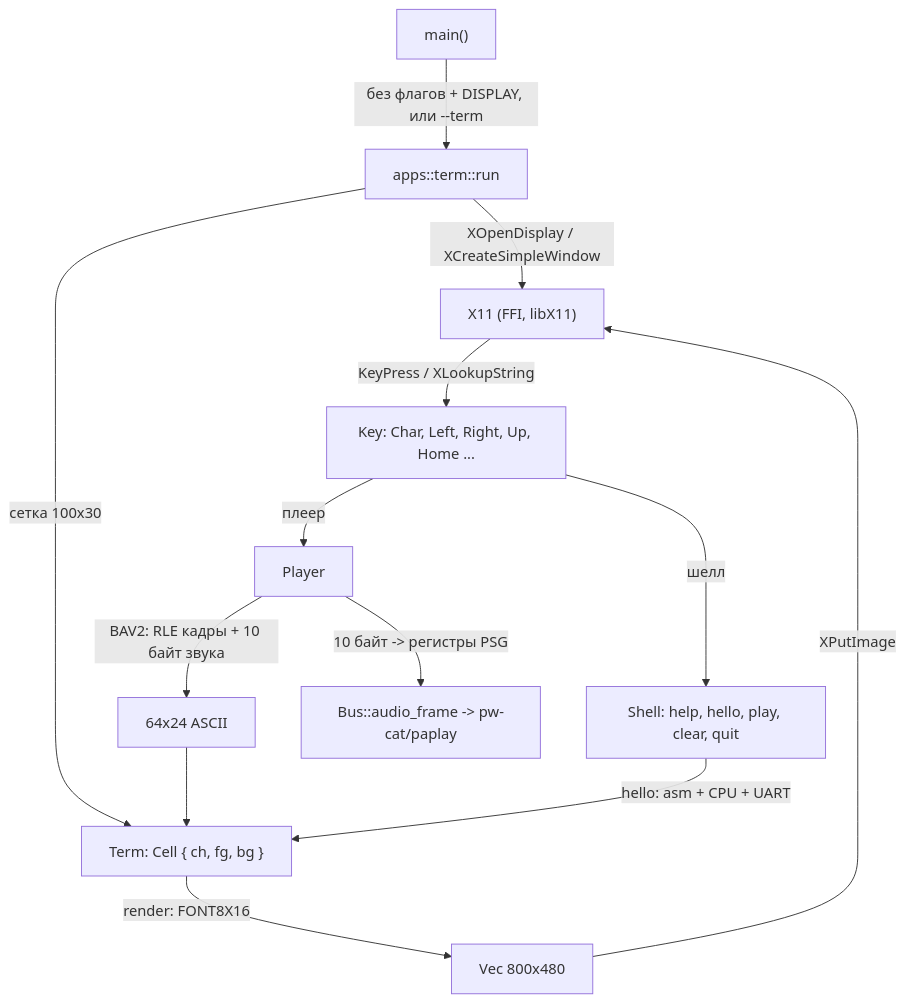
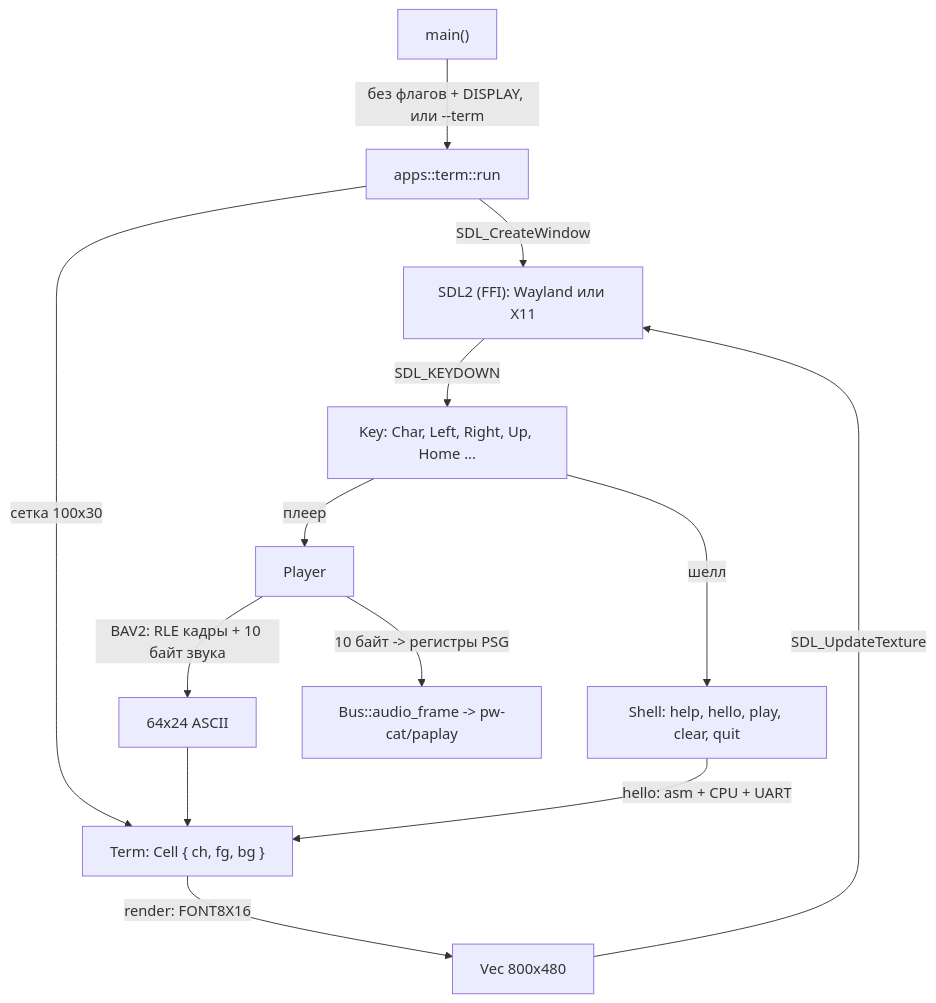
One commit to loki5512344ss/SummumOS changed diagram 25 of 26 in чертежи.md. Above: the diagram before and after it, drawn with Mermaid. The commit also changed other lines of this file and 26 other files, not shown here.

Commit message:
SDL2: Wayland, размеры видео, звук и исправленные клавиши

````diff
--- a/чертежи.md
+++ b/чертежи.md
@@ -622,15 +622,15 @@
 ```mermaid
 graph TD
     main["main()"] -->|"без флагов + DISPLAY, или --term"| term["apps::term::run"]
-    term -->|"XOpenDisplay / XCreateSimpleWindow"| x11["X11 (FFI, libX11)"]
+    term -->|"SDL_CreateWindow"| sdl["SDL2 (FFI): Wayland или X11"]
     term -->|"сетка 100x30"| grid["Term: Cell { ch, fg, bg }"]
     grid -->|"render: FONT8X16"| pixels["Vec<u32> 800x480"]
-    pixels -->|"XPutImage"| x11
-    x11 -->|"KeyPress / XLookupString"| keys["Key: Char, Left, Right, Up, Home ..."]
+    pixels -->|"SDL_UpdateTexture"| sdl
+    sdl -->|"SDL_KEYDOWN"| keys["Key: Char, Left, Right, Up, Home ..."]
     keys -->|"шелл"| shell["Shell: help, hello, play, clear, quit"]
     keys -->|"плеер"| player["Player"]
     player -->|"BAV2: RLE кадры + 10 байт звука"| frames["64x24 ASCII"]
     frames --> grid
     player -->|"10 байт -> регистры PSG"| psg["Bus::audio_frame -> pw-cat/paplay"]
     shell -->|"hello: asm + CPU + UART"| grid
 ```
````
